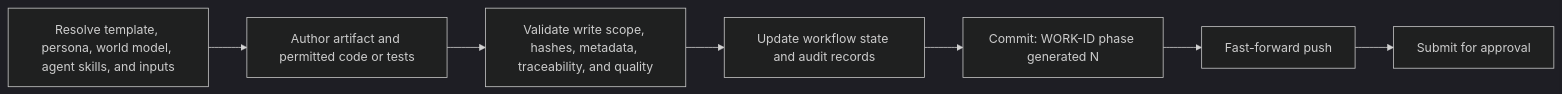
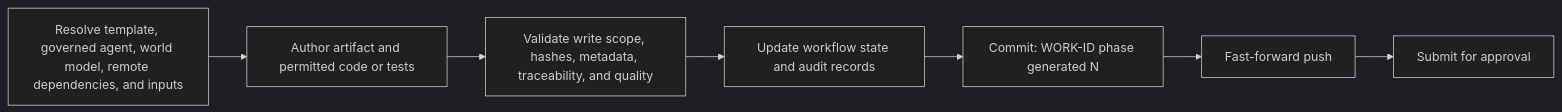
The fifth of 6 diagrams in HOW-TO.md (ashokraj2011/singularityflow), drawn with Mermaid (dark theme) before and after one commit. The commit also changed other lines of this file and 179 other files, not shown here.

````diff
--- a/HOW-TO.md
+++ b/HOW-TO.md
@@ -294,9 +294,9 @@
 ```mermaid
 flowchart LR
-  Prepare["Resolve template, persona, world model, agent skills, and inputs"] --> Edit["Author artifact and permitted code or tests"]
+  Prepare["Resolve template, governed agent, world model, remote dependencies, and inputs"] --> Edit["Author artifact and permitted code or tests"]
   Edit --> Validate["Validate write scope, hashes, metadata, traceability, and quality"]
   Validate --> State["Update workflow state and audit records"]
   State --> Commit["Commit: WORK-ID phase generated N"]
   Commit --> Push["Fast-forward push"]
   Push --> Submit["Submit for approval"]
 ```
````
